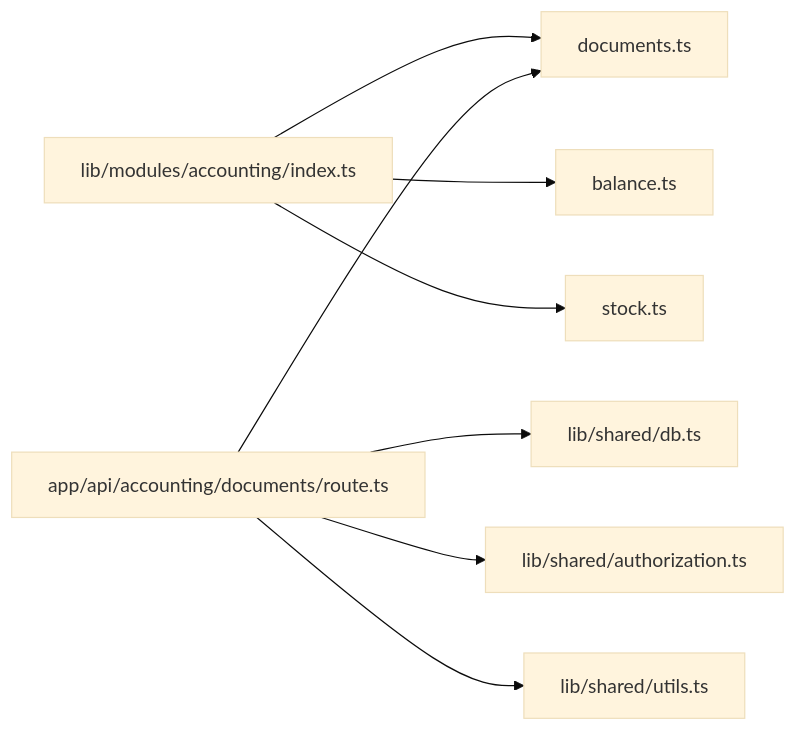
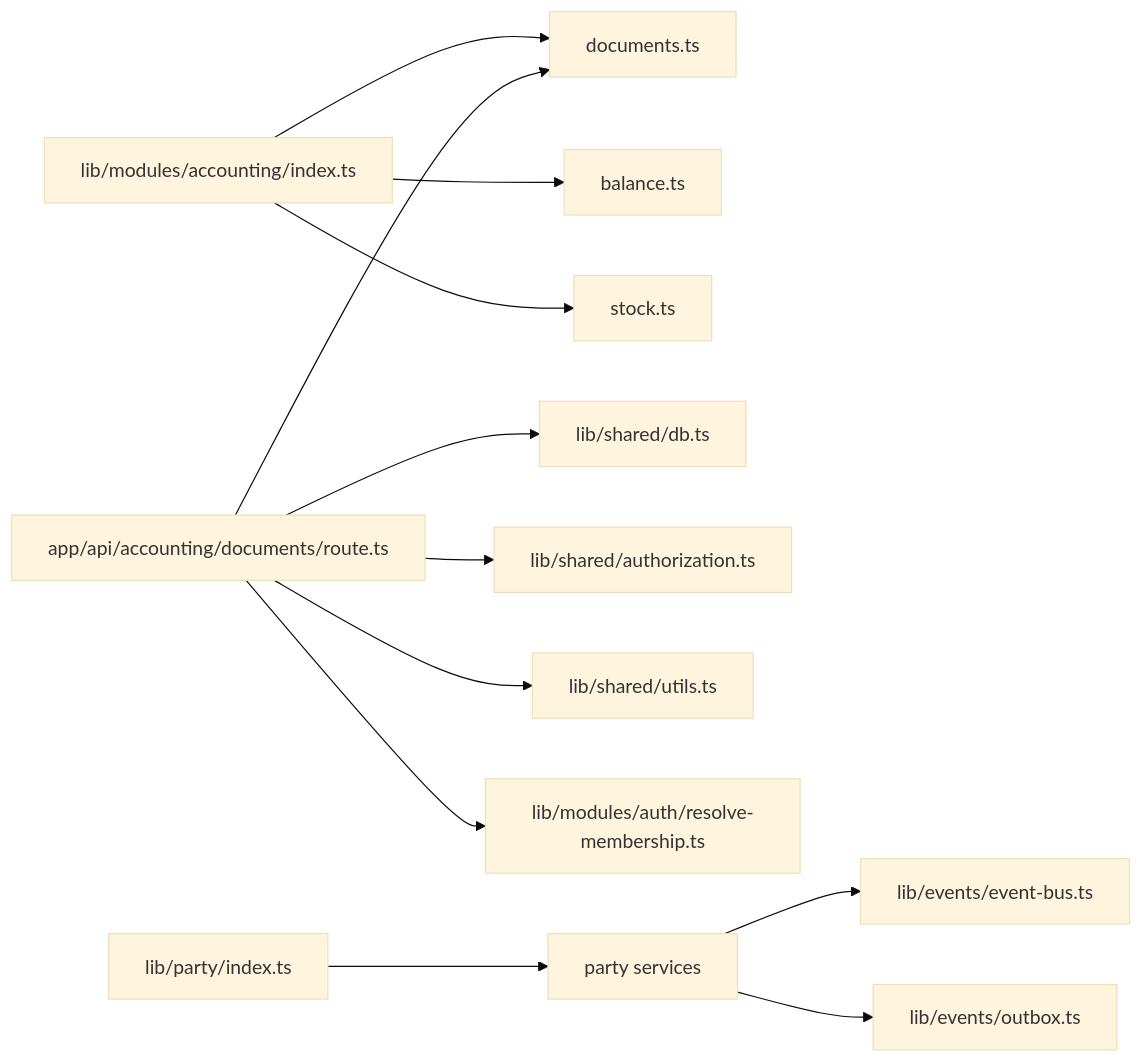
One commit to nzey11/erp-new changed diagram 12 of 12 in .qoder/repowiki/en/content/Architecture Overview/System Design Patterns.md. Above: the diagram before and after it, drawn with Mermaid (base theme). The commit also changed other lines of this file and 6 other files, not shown here.

Commit message:
fix(tests): create tenant membership for users in auth tests

````diff
--- a/.qoder/repowiki/en/content/Architecture Overview/System Design Patterns.md
+++ b/.qoder/repowiki/en/content/Architecture Overview/System Design Patterns.md
@@ -351,10 +581,14 @@
 ```mermaid
 graph LR
 A_Index["lib/modules/accounting/index.ts"] --> A_Doc["documents.ts"]
 A_Index --> A_Balance["balance.ts"]
 A_Index --> A_Stock["stock.ts"]
 API_DocRoute["app/api/accounting/documents/route.ts"] --> A_Doc
 API_DocRoute --> Shared_DB["lib/shared/db.ts"]
 API_DocRoute --> Shared_Authorization["lib/shared/authorization.ts"]
 API_DocRoute --> Shared_Utils["lib/shared/utils.ts"]
+API_DocRoute --> Tenant_Resolve["lib/modules/auth/resolve-membership.ts"]
+CRM_Index["lib/party/index.ts"] --> Party_Services["party services"]
+Party_Services --> Event_Bus["lib/events/event-bus.ts"]
+Party_Services --> Outbox["lib/events/outbox.ts"]
 ```
````
